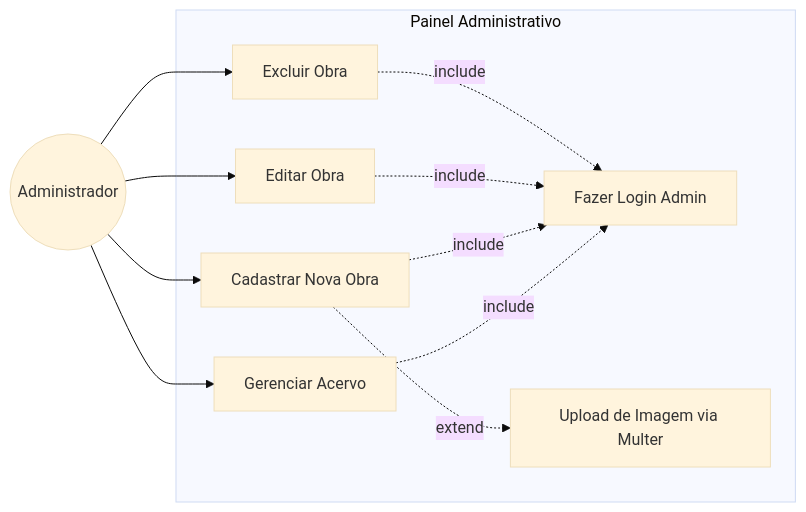
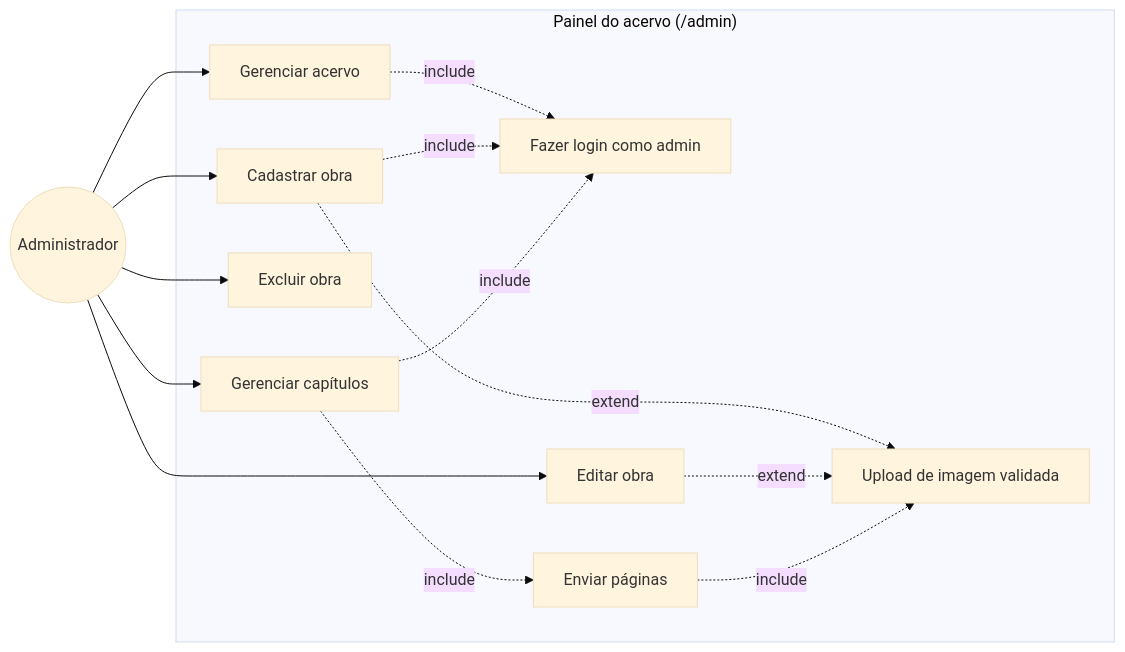
Before and after one commit to PFLYIN/kumoko-scan: the fifth of 8 diagrams in README.md, drawn with Mermaid (base theme). The commit also changed other lines of this file and 30 other files, not shown here.

````diff
--- a/README.md
+++ b/README.md
@@ -155,24 +437,29 @@
 ```mermaid
 flowchart LR
-    Admin((Administrador)):::actor
+    Admin((Administrador))
 
-    subgraph "Painel Administrativo"
-        UC_Login[Fazer Login Admin]
-        UC_Gerenciar[Gerenciar Acervo]
-        UC_Cadastrar[Cadastrar Nova Obra]
-        UC_Editar[Editar Obra]
-        UC_Excluir[Excluir Obra]
-        UC_Upload[Upload de Imagem via Multer]
+    subgraph "Painel do acervo (/admin)"
+        UC_Login[Fazer login como admin]
+        UC_Gerenciar[Gerenciar acervo]
+        UC_Cadastrar[Cadastrar obra]
+        UC_Editar[Editar obra]
+        UC_Excluir[Excluir obra]
+        UC_Capitulos[Gerenciar capítulos]
+        UC_Paginas[Enviar páginas]
+        UC_Upload[Upload de imagem validada]
     end
 
     Admin --> UC_Gerenciar
     Admin --> UC_Cadastrar
     Admin --> UC_Editar
     Admin --> UC_Excluir
+    Admin --> UC_Capitulos
 
     UC_Gerenciar -. include .-> UC_Login
     UC_Cadastrar -. include .-> UC_Login
-    UC_Editar -. include .-> UC_Login
-    UC_Excluir -. include .-> UC_Login
+    UC_Capitulos -. include .-> UC_Login
     UC_Cadastrar -. extend .-> UC_Upload
+    UC_Editar -. extend .-> UC_Upload
+    UC_Capitulos -. include .-> UC_Paginas
+    UC_Paginas -. include .-> UC_Upload
 ```
````
